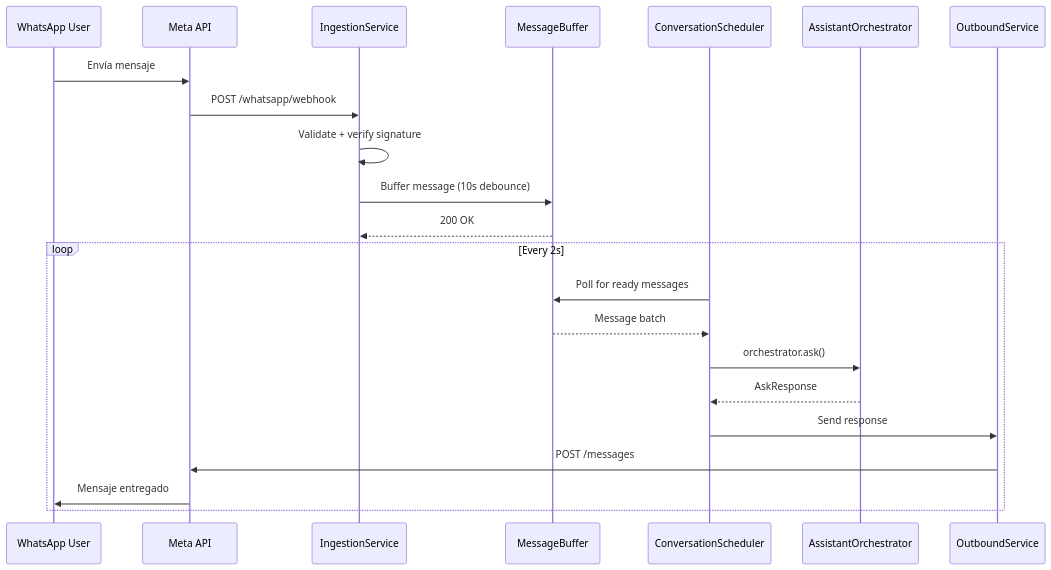
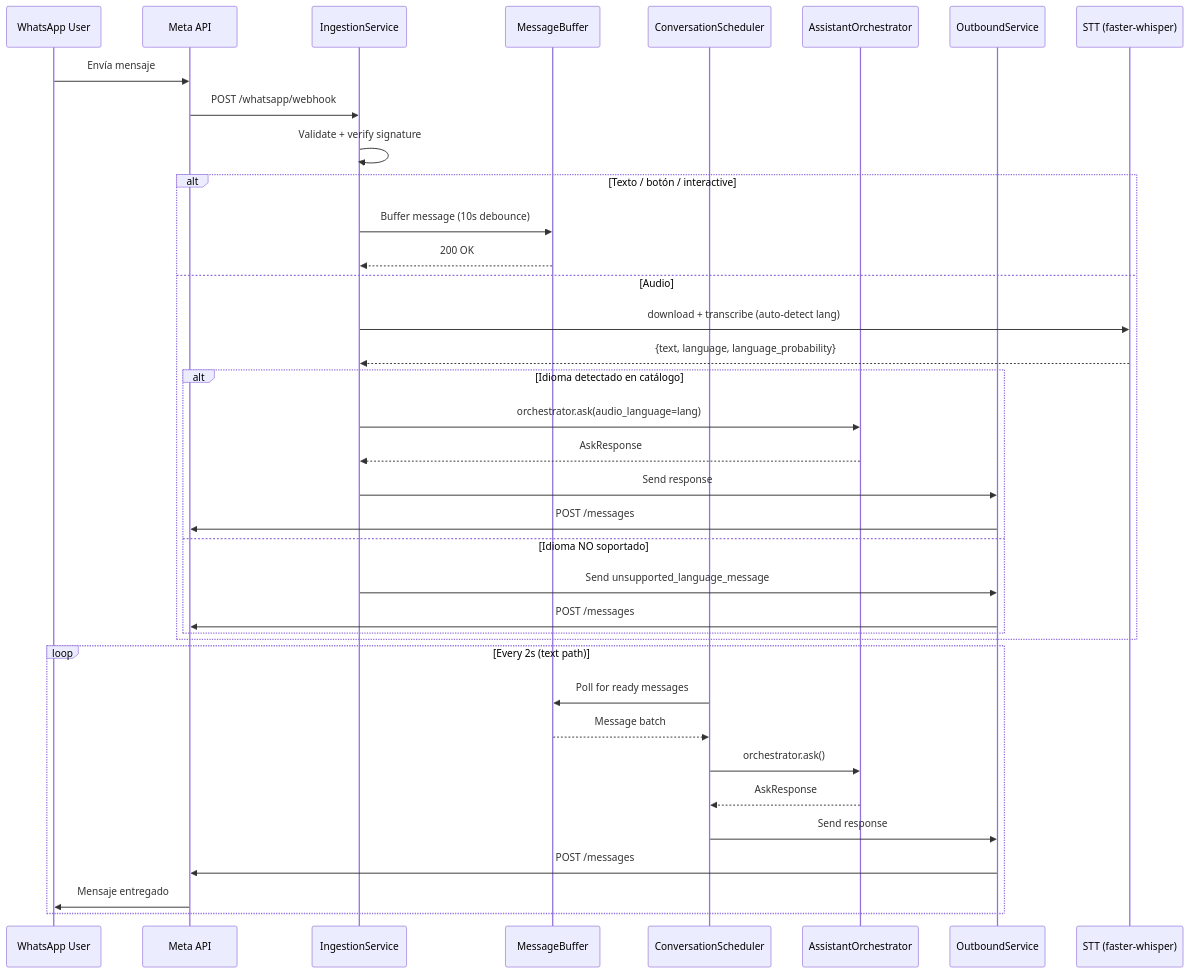
The diagram in docs/architecture/WHATSAPP.md (tumbergia/lajuana), drawn with Mermaid before and after one commit. The commit also changed other lines of this file and 20 other files, not shown here.

First line of the commit message:
feat: Enhance audio transcription and language handling in WhatsApp ingestion service

````diff
--- a/docs/architecture/WHATSAPP.md
+++ b/docs/architecture/WHATSAPP.md
@@ -7,26 +7,42 @@
 ```mermaid
 sequenceDiagram
   participant W as WhatsApp User
   participant M as Meta API
   participant I as IngestionService
   participant B as MessageBuffer
   participant S as ConversationScheduler
   participant O as AssistantOrchestrator
   participant P as OutboundService
+  participant T as STT (faster-whisper)
 
   W->>M: Envía mensaje
   M->>I: POST /whatsapp/webhook
   I->>I: Validate + verify signature
-  I->>B: Buffer message (10s debounce)
-  B-->>I: 200 OK
 
-  loop Every 2s
+  alt Texto / botón / interactive
+    I->>B: Buffer message (10s debounce)
+    B-->>I: 200 OK
+  else Audio
+    I->>T: download + transcribe (auto-detect lang)
+    T-->>I: {text, language, language_probability}
+    alt Idioma detectado en catálogo
+      I->>O: orchestrator.ask(audio_language=lang)
+      O-->>I: AskResponse
+      I->>P: Send response
+      P->>M: POST /messages
+    else Idioma NO soportado
+      I->>P: Send unsupported_language_message
+      P->>M: POST /messages
+    end
+  end
+
+  loop Every 2s (text path)
     S->>B: Poll for ready messages
     B-->>S: Message batch
     S->>O: orchestrator.ask()
     O-->>S: AskResponse
     S->>P: Send response
     P->>M: POST /messages
     M->>W: Mensaje entregado
   end
 ```
````
